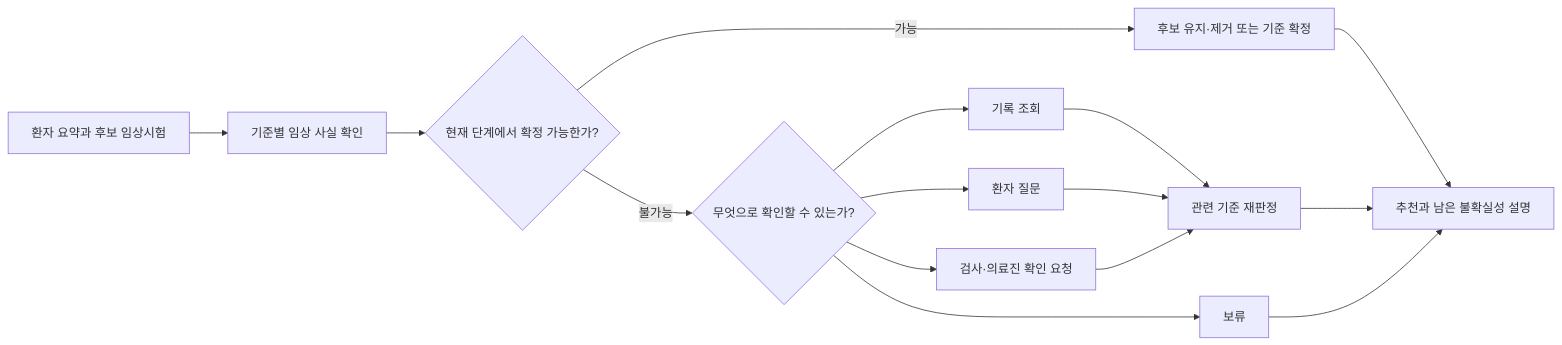
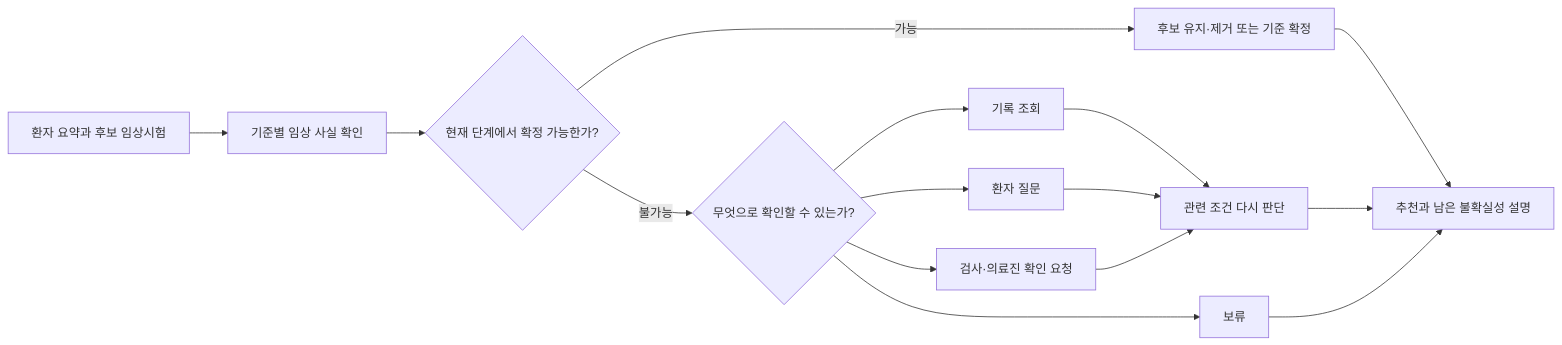
Before and after one commit to health-agent/Clarifytrial: the diagram in docs/internal/CLARIFYTRIAL_RESEARCH_PLAN_V5.md, drawn with Mermaid. The commit also changed other lines of this file and 17 other files, not shown here.

````diff
--- a/docs/internal/CLARIFYTRIAL_RESEARCH_PLAN_V5.md
+++ b/docs/internal/CLARIFYTRIAL_RESEARCH_PLAN_V5.md
@@ -547,17 +553,17 @@
 ```mermaid
 flowchart LR
     A["환자 요약과 후보 임상시험"] --> B["기준별 임상 사실 확인"]
     B --> C{"현재 단계에서 확정 가능한가?"}
     C -->|"가능"| D["후보 유지·제거 또는 기준 확정"]
     C -->|"불가능"| E{"무엇으로 확인할 수 있는가?"}
     E --> F["기록 조회"]
     E --> G["환자 질문"]
     E --> H["검사·의료진 확인 요청"]
     E --> I["보류"]
-    F --> J["관련 기준 재판정"]
+    F --> J["관련 조건 다시 판단"]
     G --> J
     H --> J
     J --> K["추천과 남은 불확실성 설명"]
     D --> K
     I --> K
 ```
````
